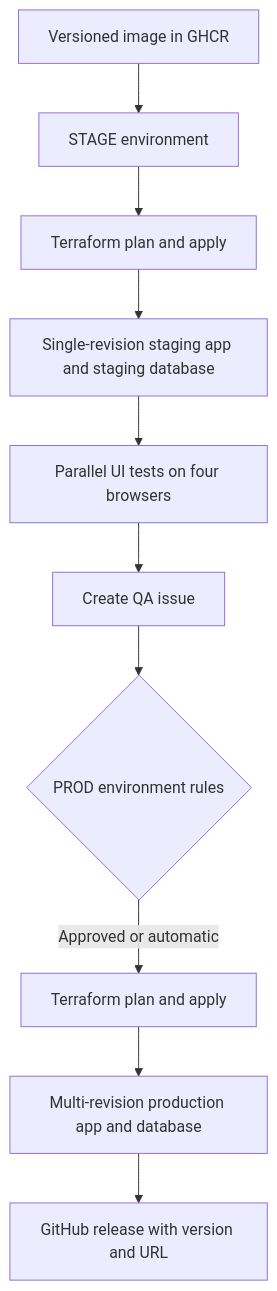
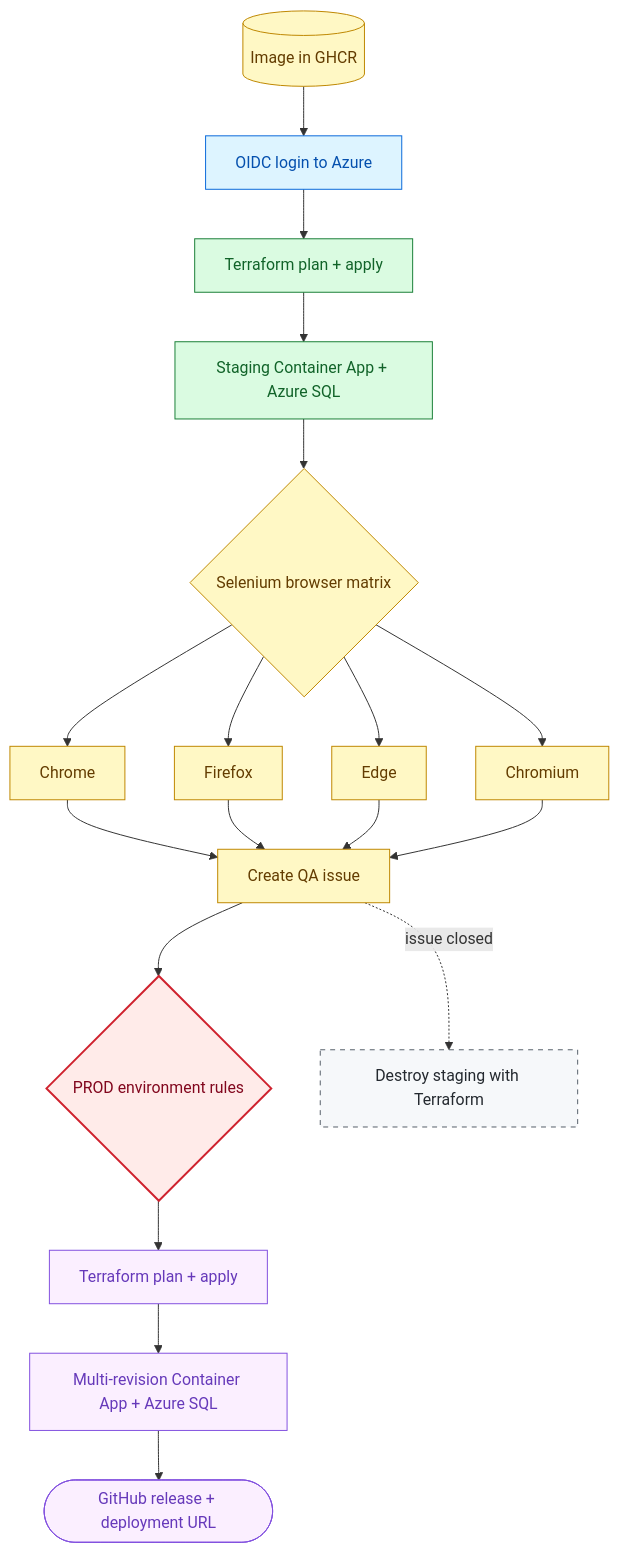
Before and after one commit to octodemo/dotnet-razor-pages-movie: the third of 4 diagrams in README.md, drawn with Mermaid. The commit also changed other lines of this file, not shown here.

````diff
--- a/README.md
+++ b/README.md
@@ -110,12 +83,36 @@
 ```mermaid
 flowchart TD
-    Image[Versioned image in GHCR] --> StageGate[STAGE environment]
-    StageGate --> StageTF[Terraform plan and apply]
-    StageTF --> StageApp[Single-revision staging app and staging database]
-    StageApp --> TestMatrix[Parallel UI tests on four browsers]
-    TestMatrix --> Ticket[Create QA issue]
-    Ticket --> ProdGate{PROD environment rules}
-    ProdGate -- Approved or automatic --> ProdTF[Terraform plan and apply]
-    ProdTF --> ProdApp[Multi-revision production app and database]
-    ProdApp --> Release[GitHub release with version and URL]
+    GHCR[(Image in GHCR)] --> OIDC[OIDC login to Azure]
+    OIDC --> StageTF[Terraform plan + apply]
+    StageTF --> Stage[Staging Container App + Azure SQL]
+    Stage --> Browsers{Selenium browser matrix}
+    Browsers --> Chrome[Chrome]
+    Browsers --> Firefox[Firefox]
+    Browsers --> Edge[Edge]
+    Browsers --> Chromium[Chromium]
+    Chrome --> QA[Create QA issue]
+    Firefox --> QA
+    Edge --> QA
+    Chromium --> QA
+    QA --> Gate{PROD environment rules}
+    Gate --> ProdTF[Terraform plan + apply]
+    ProdTF --> Prod[Multi-revision Container App + Azure SQL]
+    Prod --> Release([GitHub release + deployment URL])
+    QA -. issue closed .-> Cleanup[Destroy staging with Terraform]
+
+    classDef artifact fill:#fff8c5,color:#633c01,stroke:#bf8700;
+    classDef auth fill:#ddf4ff,color:#0550ae,stroke:#0969da;
+    classDef stage fill:#dafbe1,color:#116329,stroke:#1a7f37;
+    classDef test fill:#fff8c5,color:#633c01,stroke:#bf8700;
+    classDef gate fill:#ffebe9,color:#82071e,stroke:#cf222e,stroke-width:2px;
+    classDef prod fill:#fbefff,color:#6639ba,stroke:#8250df;
+    classDef cleanup fill:#f6f8fa,color:#24292f,stroke:#57606a,stroke-dasharray: 5 5;
+
+    class GHCR artifact;
+    class OIDC auth;
+    class StageTF,Stage stage;
+    class Browsers,Chrome,Firefox,Edge,Chromium,QA test;
+    class Gate gate;
+    class ProdTF,Prod,Release prod;
+    class Cleanup cleanup;
 ```
````
